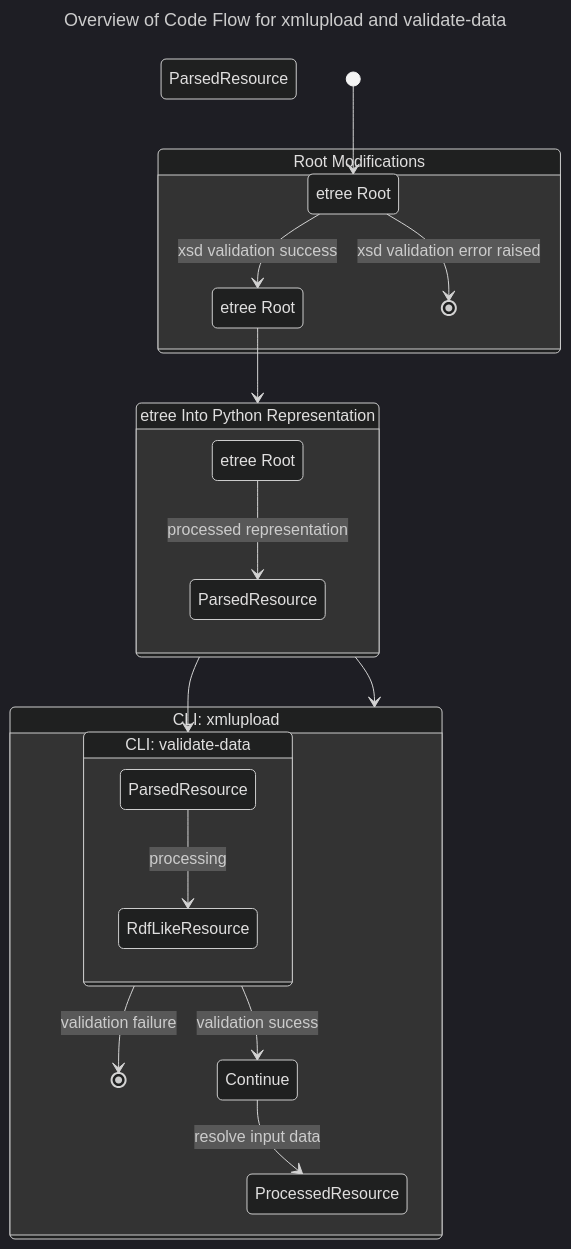
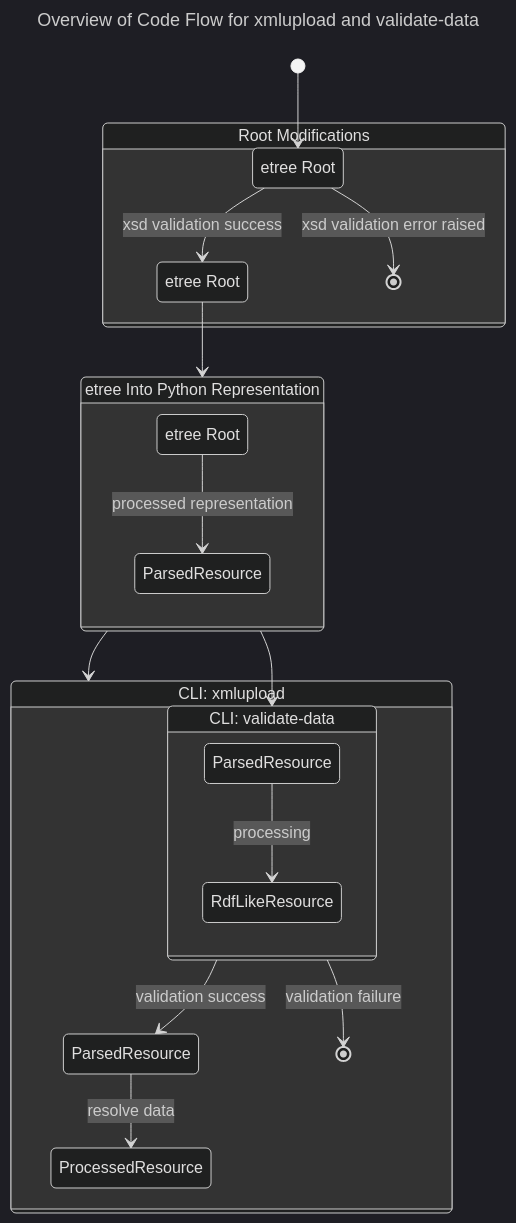
The first of 3 diagrams in docs/developers/architecture.md (dasch-swiss/dsp-tools), drawn with Mermaid (dark theme) before and after one commit.

````diff
--- a/docs/developers/architecture.md
+++ b/docs/developers/architecture.md
@@ -7,38 +7,38 @@
 ```mermaid
 ---
 title: Overview of Code Flow for xmlupload and validate-data
 ---
 stateDiagram-v2
 
 state "etree Root" as eroot1
 state "etree Root" as eroot2
 state "etree Root" as eroot3
 state "Root Modifications" as rootwork
 state "etree Into Python Representation" as pywork
 state "CLI: xmlupload" as processed
 state "ParsedResource" as parsedres1
 state "ParsedResource" as parsedres2
 state "ParsedResource" as parsedres3
 state "ProcessedResource" as Processedres
 state "CLI: validate-data" as valdata
 
 [*]-->eroot1
 state rootwork {
     eroot1-->eroot2: xsd validation success
     eroot1-->[*]: xsd validation error raised
 }
 eroot2-->pywork
 state pywork {
     eroot3-->parsedres1: processed representation
 }
 pywork-->processed
 state processed {
     valdata-->[*]: validation failure
-    valdata-->Continue: validation sucess
-    Continue-->Processedres: resolve input data
+    valdata-->parsedres2: validation success
+    parsedres2-->Processedres: resolve data
 }
 pywork-->valdata
 state valdata {
     parsedres3-->RdfLikeResource: processing
 }
 ```
````
